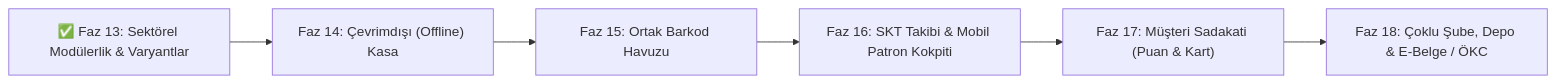
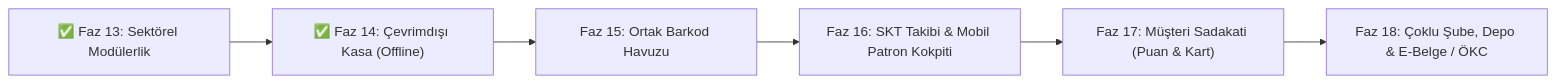
One commit to RAhsencicek/himar changed the diagram in docs/FAZ_YOL_HARITASI_VE_GUNCEL_DURUM.md. Above: the diagram before and after it, drawn with Mermaid. The commit also changed other lines of this file and 10 other files, not shown here.

Commit message:
feat(faz14): implement offline pos engine, pwa service worker, indexeddb queue, and idempotent sync

````diff
--- a/docs/FAZ_YOL_HARITASI_VE_GUNCEL_DURUM.md
+++ b/docs/FAZ_YOL_HARITASI_VE_GUNCEL_DURUM.md
@@ -41,8 +43,8 @@
 ```mermaid
 flowchart LR
-    F13["✅ Faz 13: Sektörel Modülerlik & Varyantlar"] --> F14["Faz 14: Çevrimdışı (Offline) Kasa"]
+    F13["✅ Faz 13: Sektörel Modülerlik"] --> F14["✅ Faz 14: Çevrimdışı Kasa (Offline)"]
     F14 --> F15["Faz 15: Ortak Barkod Havuzu"]
     F15 --> F16["Faz 16: SKT Takibi & Mobil Patron Kokpiti"]
     F16 --> F17["Faz 17: Müşteri Sadakati (Puan & Kart)"]
     F17 --> F18["Faz 18: Çoklu Şube, Depo & E-Belge / ÖKC"]
 ```
````
